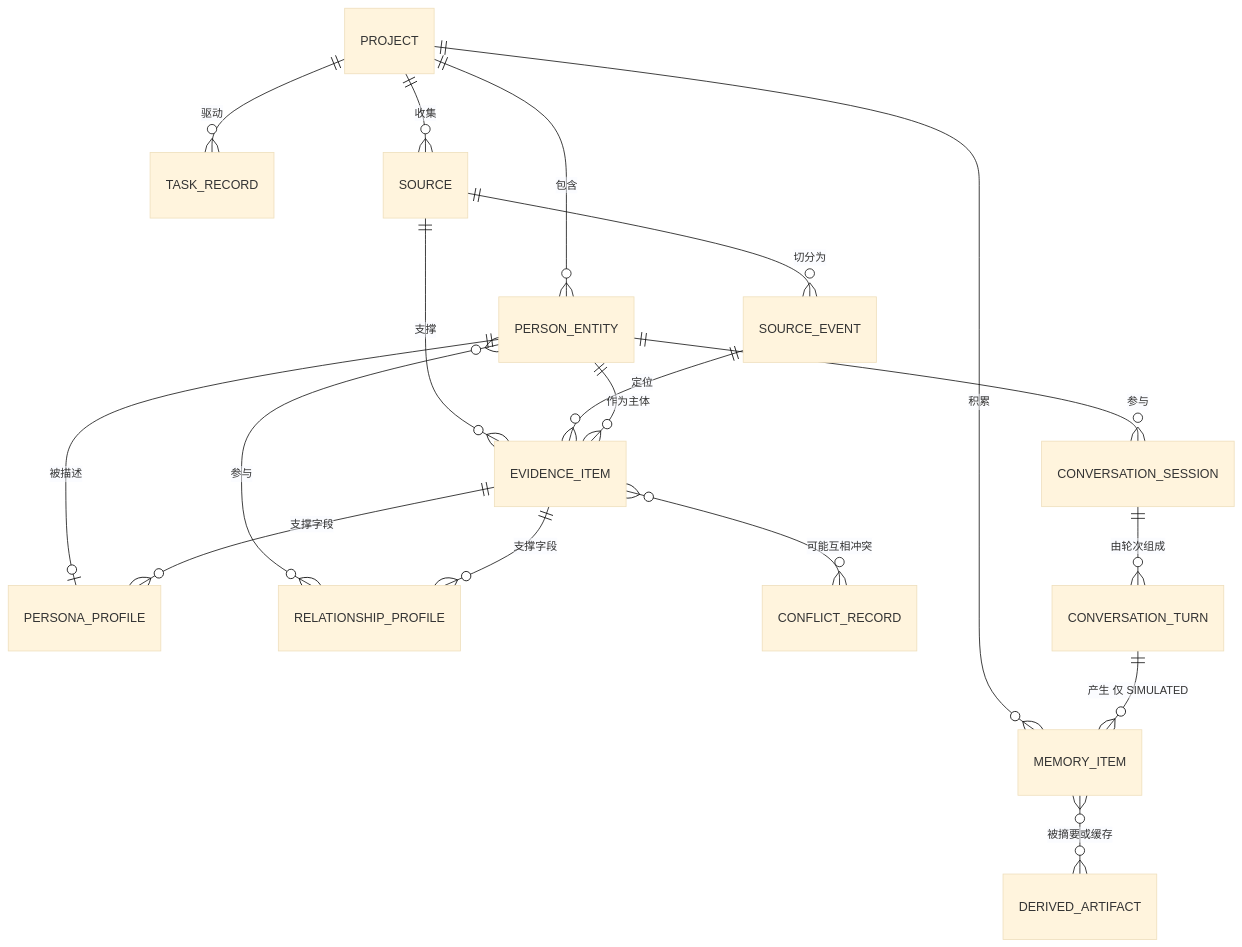
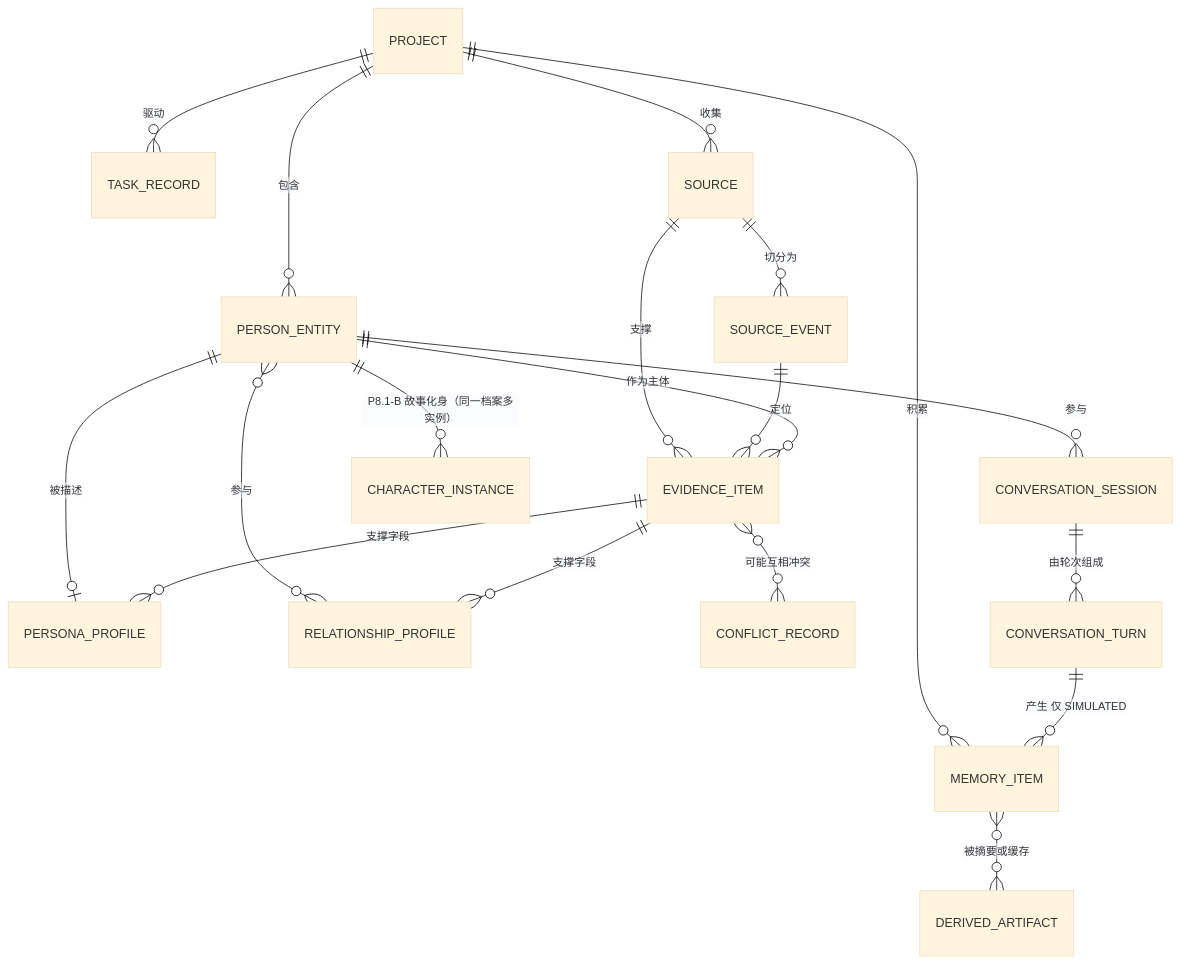
The first of 2 diagrams in docs/DATA_MODEL.md (hanhaony/generic-persona-skill), drawn with Mermaid (base theme) before and after one commit. The commit also changed other lines of this file and 7 other files, not shown here.

Commit message:
feat: P8.1-B 故事人物实例与认知模型（CharacterInstance/KnowledgeState/BehaviorPolicy/OOC 四检查）

````diff
--- a/docs/DATA_MODEL.md
+++ b/docs/DATA_MODEL.md
@@ -103,25 +111,26 @@
 ```mermaid
 erDiagram
     PROJECT ||--o{ PERSON_ENTITY : "包含"
     PROJECT ||--o{ TASK_RECORD : "驱动"
     PROJECT ||--o{ SOURCE : "收集"
     PROJECT ||--o{ MEMORY_ITEM : "积累"
 
     SOURCE ||--o{ SOURCE_EVENT : "切分为"
     SOURCE ||--o{ EVIDENCE_ITEM : "支撑"
     SOURCE_EVENT ||--o{ EVIDENCE_ITEM : "定位"
 
     PERSON_ENTITY ||--o{ EVIDENCE_ITEM : "作为主体"
     PERSON_ENTITY ||--o| PERSONA_PROFILE : "被描述"
     PERSON_ENTITY }o--o{ RELATIONSHIP_PROFILE : "参与"
 
     EVIDENCE_ITEM }o--o{ CONFLICT_RECORD : "可能互相冲突"
     EVIDENCE_ITEM ||--o{ PERSONA_PROFILE : "支撑字段"
     EVIDENCE_ITEM ||--o{ RELATIONSHIP_PROFILE : "支撑字段"
 
     PERSON_ENTITY ||--o{ CONVERSATION_SESSION : "参与"
     CONVERSATION_SESSION ||--o{ CONVERSATION_TURN : "由轮次组成"
     CONVERSATION_TURN ||--o{ MEMORY_ITEM : "产生 仅 SIMULATED"
 
+    PERSON_ENTITY ||--o{ CHARACTER_INSTANCE : "P8.1-B 故事化身（同一档案多实例）"
     MEMORY_ITEM }o--o{ DERIVED_ARTIFACT : "被摘要或缓存"
 ```
````
